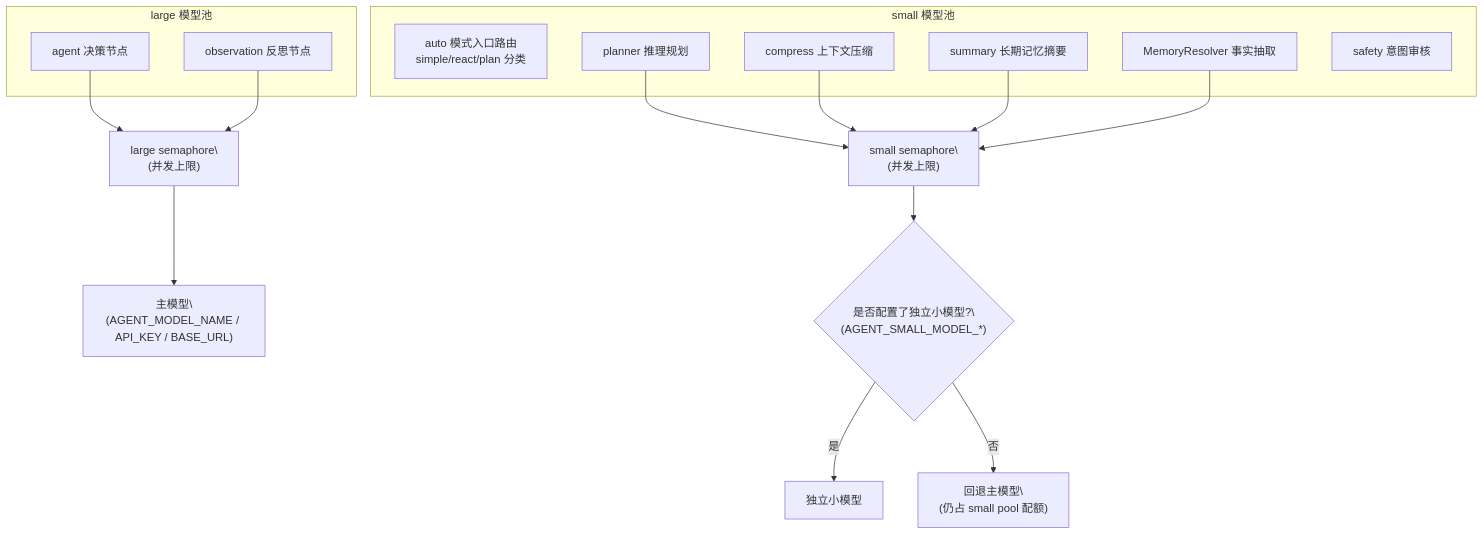
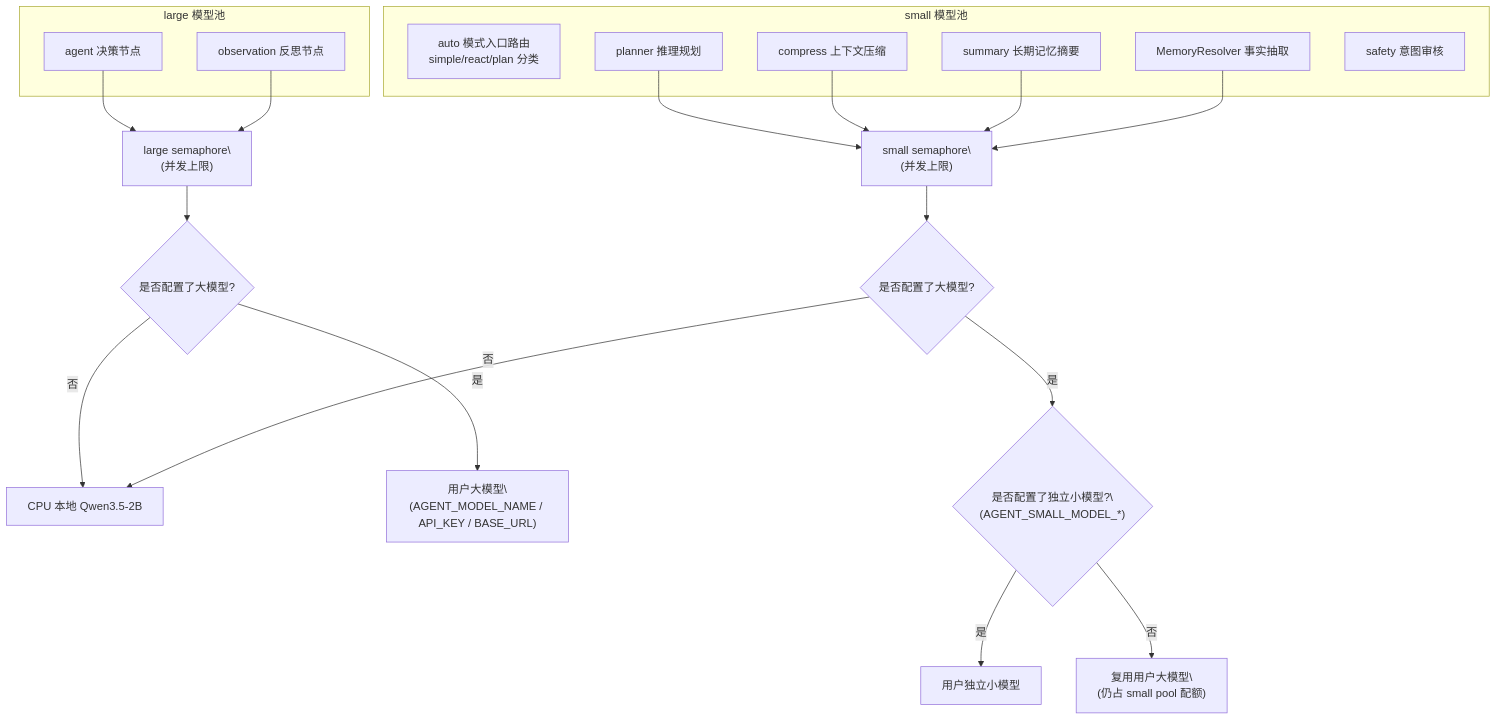
Before and after one commit to xiao-Huahuo/Agent-Core-Service: diagram 14 of 23 in docs/WORKFLOW.md, drawn with Mermaid. The commit also changed other lines of this file and 53 other files, not shown here.

````diff
--- a/docs/WORKFLOW.md
+++ b/docs/WORKFLOW.md
@@ -288,29 +288,32 @@
 ```mermaid
 flowchart TD
     subgraph large_pool["large 模型池"]
         L1["agent 决策节点"]
         L2["observation 反思节点"]
     end
 
     subgraph small_pool["small 模型池"]
         S0["auto 模式入口路由<br/>simple/react/plan 分类"]
         S1["planner 推理规划"]
         S2["compress 上下文压缩"]
         S3["summary 长期记忆摘要"]
         S4["MemoryResolver 事实抽取"]
         S5["safety 意图审核"]
     end
 
     L1 --> LA["large semaphore\\n(并发上限)"]
     L2 --> LA
     S1 --> SA["small semaphore\\n(并发上限)"]
     S2 --> SA
     S3 --> SA
     S4 --> SA
 
-    LA --> ML["主模型\\n(AGENT_MODEL_NAME / API_KEY / BASE_URL)"]
-    SA --> M2{"是否配置了独立小模型?\\n(AGENT_SMALL_MODEL_*)"}
-
-    M2 -->|"是"| ML2["独立小模型"]
-    M2 -->|"否"| MF2["回退主模型\\n(仍占 small pool 配额)"]
+    LA --> C1{"是否配置了大模型?"}
+    C1 -->|"否"| LQ["CPU 本地 Qwen3.5-2B"]
+    C1 -->|"是"| ML["用户大模型\\n(AGENT_MODEL_NAME / API_KEY / BASE_URL)"]
+    SA --> C2{"是否配置了大模型?"}
+    C2 -->|"否"| LQ
+    C2 -->|"是"| M2{"是否配置了独立小模型?\\n(AGENT_SMALL_MODEL_*)"}
+    M2 -->|"是"| ML2["用户独立小模型"]
+    M2 -->|"否"| MF2["复用用户大模型\\n(仍占 small pool 配额)"]
 ```
````
